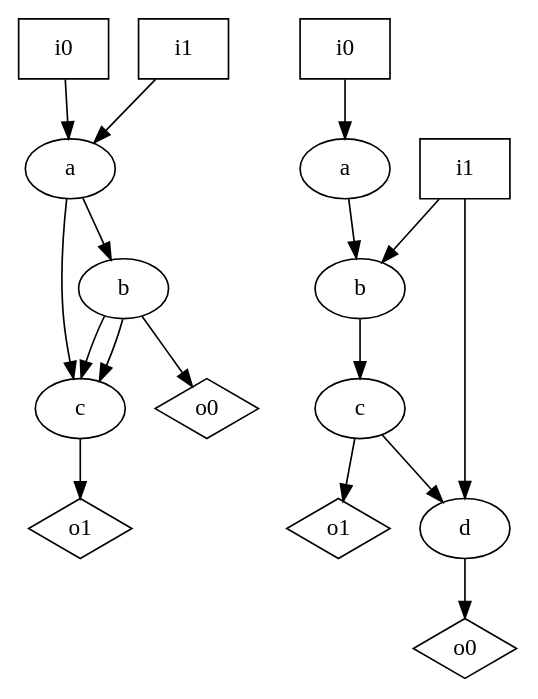
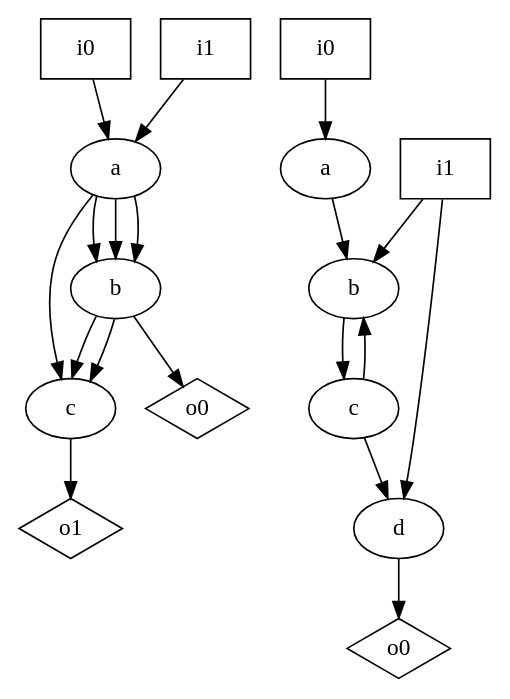
The diagram in dot_files/g1_iparallel_g2.dot (p9romain/bool-circuits), drawn with Graphviz before and after one commit. The commit also changed 40 other files, not shown here.

```diff
--- a/dot_files/g1_iparallel_g2.dot
+++ b/dot_files/g1_iparallel_g2.dot
@@ -1,33 +1,34 @@
 digraph G {
 n0 [label="a"];
 n1 [label="b"];
 n2 [label="c"];
 n3 [label="i0",shape="box"];
 n4 [label="i1",shape="box"];
 n5 [label="o0",shape="diamond"];
 n6 [label="o1",shape="diamond"];
 n7 [label="a"];
 n8 [label="b"];
 n9 [label="c"];
 n10 [label="d"];
 n11 [label="i0",shape="box"];
 n12 [label="i1",shape="box"];
 n13 [label="o0",shape="diamond"];
-n14 [label="o1",shape="diamond"];
+n0 -> n1
+n0 -> n1
 n0 -> n1
 n0 -> n2
 n1 -> n2
 n1 -> n2
 n1 -> n5
 n2 -> n6
 n3 -> n0
 n4 -> n0
 n7 -> n8
 n8 -> n9
+n9 -> n8
 n9 -> n10
-n9 -> n14
 n10 -> n13
 n11 -> n7
 n12 -> n8
 n12 -> n10
 }
```
